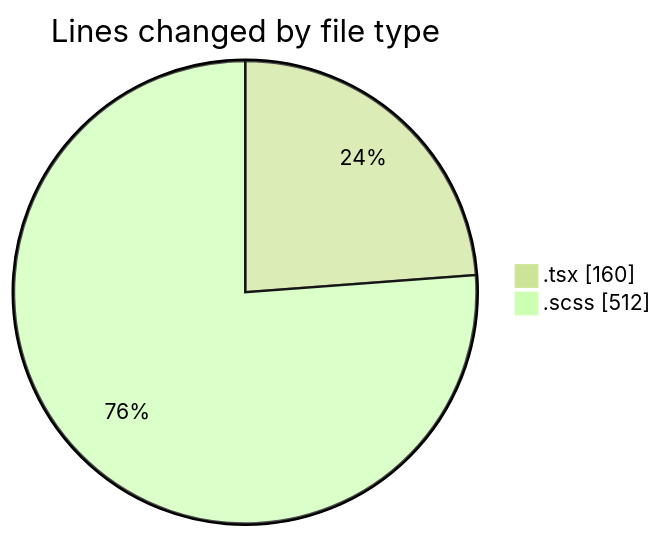
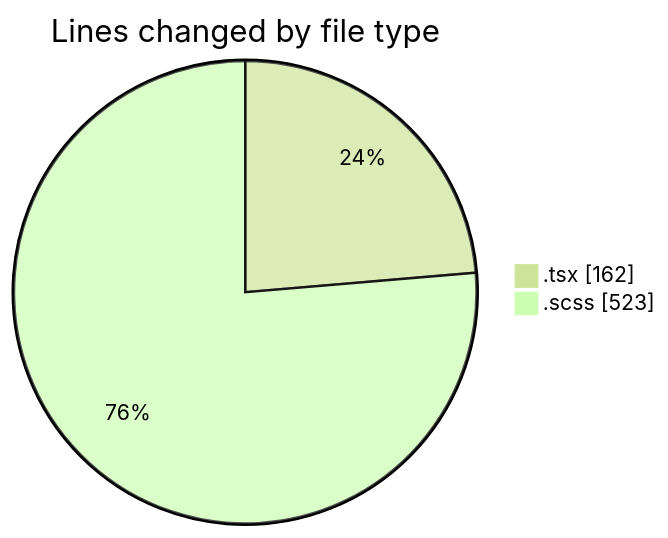
The first of 2 diagrams in 2025-03-27/cda/README.md (momahboobian/code-tracking), drawn with Mermaid (forest theme) before and after one commit. The commit also changed other lines of this file and 1 other file, not shown here.

````diff
--- a/2025-03-27/cda/README.md
+++ b/2025-03-27/cda/README.md
@@ -21,6 +21,6 @@
 ```mermaid
 pie showData
 title Lines changed by file type
-".tsx" : 160
-".scss" : 512
+".tsx" : 162
+".scss" : 523
 ```
````
